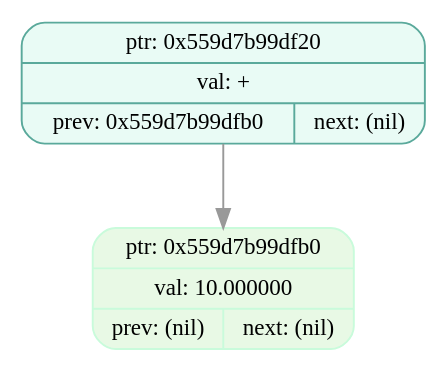
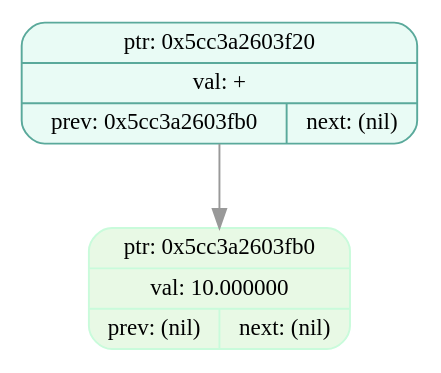
One commit to EvilTomato9890/Difference changed the diagram in dumps/tree_dump_001.dot. Above: the diagram before and after it, drawn with Graphviz. The commit also changed 36 other files, not shown here.

```diff
--- a/dumps/tree_dump_001.dot
+++ b/dumps/tree_dump_001.dot
@@ -1,7 +1,7 @@
 digraph T{
   node [fontname="Fira Mono",shape=record,style="filled,rounded",fontsize=12];
   graph [splines=true, nodesep=0.6, ranksep=0.6];
-  node_0x559d7b99df20[shape=record,label="{ {ptr: 0x559d7b99df20} | {val: +} | { prev: 0x559d7b99dfb0 | next: (nil) } }",color="#5aa99b",fillcolor="#e9fbf5"];
-  node_0x559d7b99dfb0[shape=record,label="{ {ptr: 0x559d7b99dfb0} | {val: 10.000000} | { prev: (nil) | next: (nil) } }",color="#c9fbdbff",fillcolor="#e8f9e5ff"];
-  node_0x559d7b99df20 -> node_0x559d7b99dfb0 [color="#999999"];
+  node_0x5cc3a2603f20[shape=record,label="{ {ptr: 0x5cc3a2603f20} | {val: +} | { prev: 0x5cc3a2603fb0 | next: (nil) } }",color="#5aa99b",fillcolor="#e9fbf5"];
+  node_0x5cc3a2603fb0[shape=record,label="{ {ptr: 0x5cc3a2603fb0} | {val: 10.000000} | { prev: (nil) | next: (nil) } }",color="#c9fbdbff",fillcolor="#e8f9e5ff"];
+  node_0x5cc3a2603f20 -> node_0x5cc3a2603fb0 [color="#999999"];
 }
```
